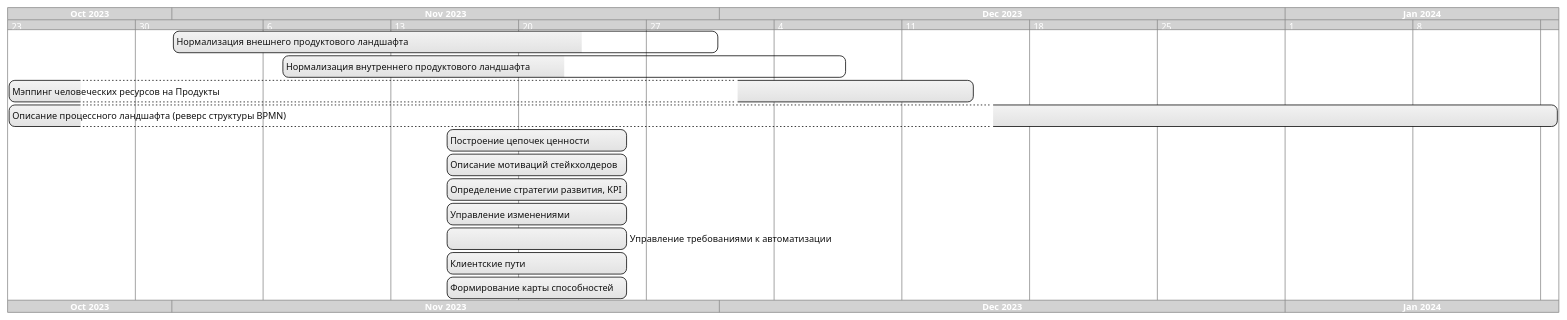
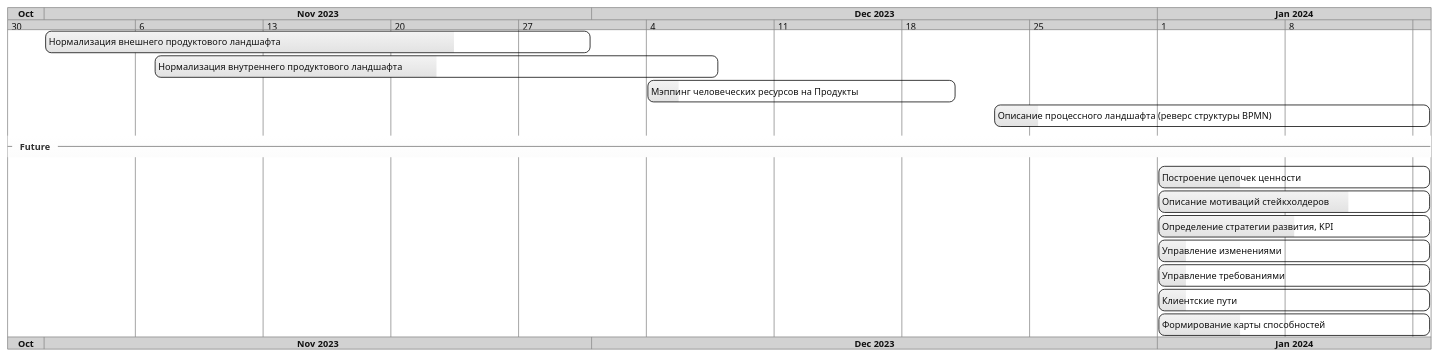
One commit to altershaman/eco_methodology changed the diagram in docs/task_management/rm.puml. Above: the diagram before and after it, drawn with PlantUML. The commit also changed 2 other files, not shown here.

Commit message:
ba roadmap enchanced

```diff
--- a/docs/task_management/rm.puml
+++ b/docs/task_management/rm.puml
@@ -1,44 +1,54 @@
 @startgantt
 !theme lightgray
 <style>
 ganttDiagram {
 
 	task {
 		$primary_scheme()
         FontColor #111111
         FontName Arial
 		LineColor #000000
 		Margin 2
 		Padding 6
 	}
+	timeline {
+        FontColor #111111
+        FontName Arial
+	}
+
 }
 </style>
 
 printscale weekly with calendar date zoom 5
-Project starts 2023-10-23
+Project starts 2023-10-30
 
 
 
 [Нормализация внешнего продуктового ландшафта] as [s01] starts 2023-11-01 and ends 2023-11-30
 [Нормализация внутреннего продуктового ландшафта] as [s02] starts 2023-11-07 and ends 2023-12-07
-[Мэппинг человеческих ресурсов на Продукты] as [s03] starts 2023-10-23 and ends 2023-12-14
-[Описание процессного ландшафта (реверс структуры BPMN)] as [s04] starts 2023-10-23 and ends 2024-01-15
-[Построение цепочек ценности] starts 2023-11-16 and requires 10 days
-[Описание мотиваций стейкхолдеров] starts 2023-11-16 and requires 10 days
-[Определение стратегии развития, KPI] starts 2023-11-16 and requires 10 days
-[Управление изменениями] starts 2023-11-16 and requires 10 days
-[Управление требованиями к автоматизации] starts 2023-11-16 and requires 10 days
-[Клиентские пути] starts 2023-11-16 and requires 10 days
-[Формирование карты способностей] starts 2023-11-16 and requires 10 days
+[Мэппинг человеческих ресурсов на Продукты] as [s03] starts 2023-12-04 and ends 2023-12-20
+[Описание процессного ландшафта (реверс структуры BPMN)] as [s04] starts 2023-12-23 and ends 2024-01-15
+--Future--
+[Построение цепочек ценности] as [s05] starts 2024-01-01 and requires 15 days
+[Описание мотиваций стейкхолдеров] as [s06] starts 2024-01-01 and requires 15 days
+[Определение стратегии развития, KPI] as [s07] starts 2024-01-01 and requires 15 days
+[Управление изменениями] as [s08] starts 2024-01-01 and requires 15 days
+[Управление требованиями] as [s09] starts 2024-01-01 and requires 15 days
+[Клиентские пути] as [s10] starts 2024-01-01 and requires 15 days
+[Формирование карты способностей] as [s11] starts 2024-01-01 and requires 15 days
 
 [s01] is 75% completed
 [s02] is 50% completed
-[s03] pauses from 2023-10-27 to 2023-12-01 and is 10% completed
+[s03] is 10% completed
+[s04] is 10% completed
 
-[s04] pauses from 2023-10-27 to 2023-12-15
+[s05] is 30% completed
+[s06] is 70% completed
+[s07] is 50% completed
+[s08] is 10% completed
+[s09] is 10% completed
+[s10] is 10% completed
+[s11] is 30% completed
 
-' 2023-10-23 to 2023-10-31 are named [Earlier]
-' 2023-11-01 to 2023-12-31 are named [Current activities]
-' 2024-01-01 to 2024-03-30 are named [Future activities]
 
 @endgantt
```
